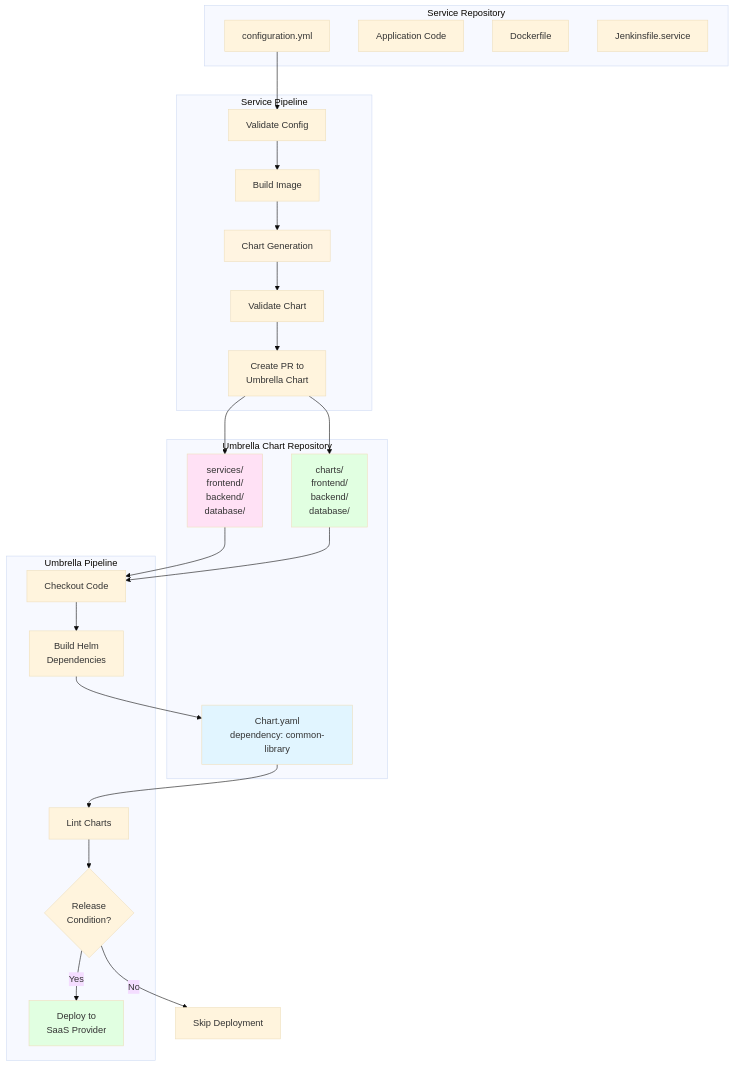
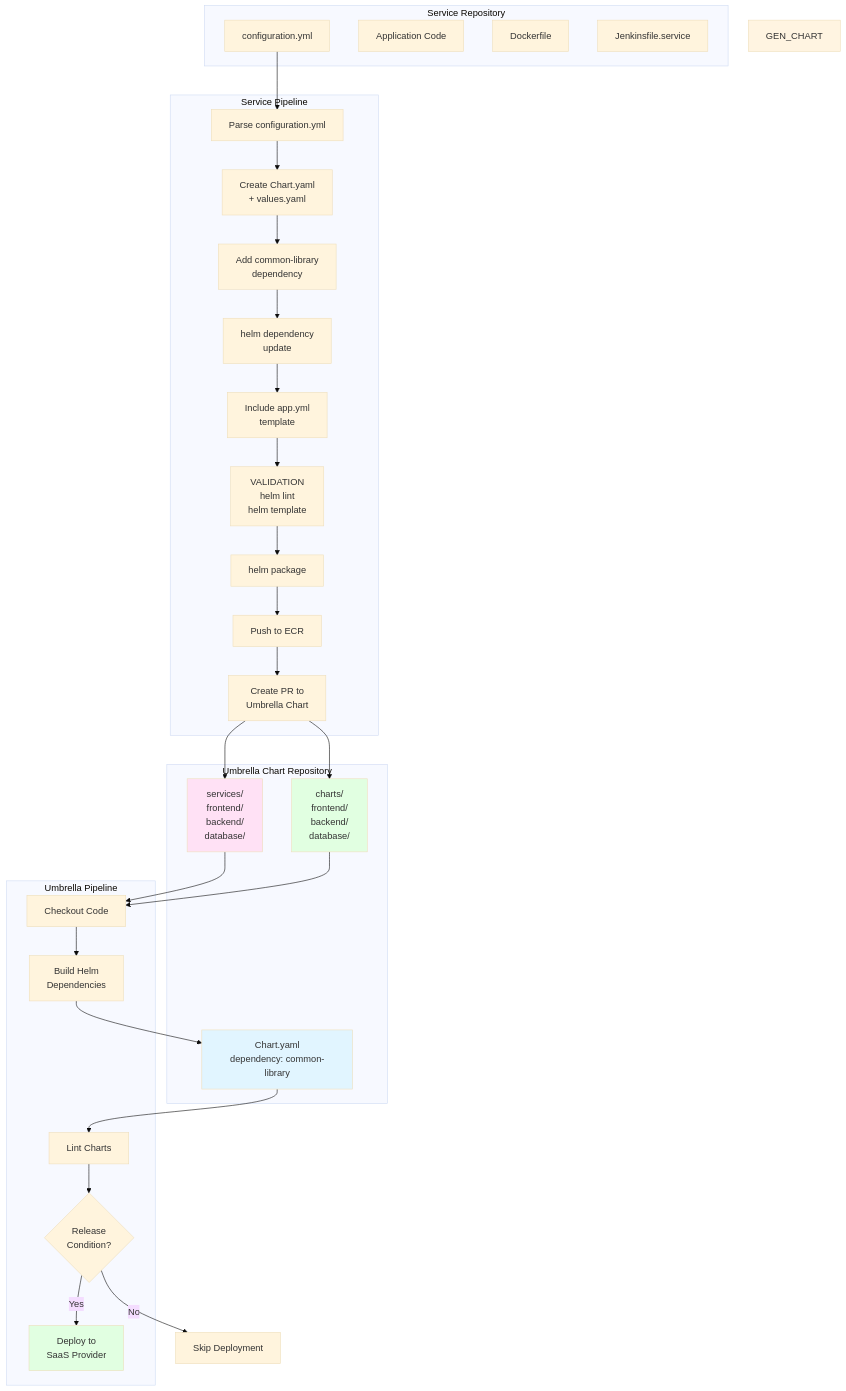
Before and after one commit to caretak3r/helm-factory: the ninth of 11 diagrams in ADR.md, drawn with Mermaid (base theme). The commit also changed other lines of this file, not shown here.

````diff
--- a/ADR.md
+++ b/ADR.md
@@ -874,54 +906,62 @@
 ```mermaid
 graph TB
     subgraph "Service Repository"
         CFG[configuration.yml]
         CODE[Application Code]
         DOCKERFILE[Dockerfile]
         JENKINSFILE[Jenkinsfile.service]
     end
     
     subgraph "Service Pipeline"
-        VALIDATE[Validate Config]
-        BUILD[Build Image]
-        GEN_CHART[Chart Generation]
-        VALIDATE_CHART[Validate Chart]
+        PARSE[Parse configuration.yml]
+        CREATE_CHART[Create Chart.yaml<br/>+ values.yaml]
+        ADD_DEP[Add common-library<br/>dependency]
+        DEP_UPDATE[helm dependency<br/>update]
+        INCLUDE_TEMPLATE[Include app.yml<br/>template]
+        VALIDATE[VALIDATION<br/>helm lint<br/>helm template]
+        PACKAGE[helm package]
+        PUSH_ECR[Push to ECR]
         CREATE_PR[Create PR to<br/>Umbrella Chart]
     end
     
     subgraph "Umbrella Chart Repository"
         SERVICES[services/<br/>frontend/<br/>backend/<br/>database/]
         CHARTS[charts/<br/>frontend/<br/>backend/<br/>database/]
         UMBRELLA_CHART[Chart.yaml<br/>dependency: common-library]
     end
     
     subgraph "Umbrella Pipeline"
         CHECKOUT[Checkout Code]
         BUILD_DEPS[Build Helm<br/>Dependencies]
         LINT[Lint Charts]
         CONDITION{Release<br/>Condition?}
         DEPLOY[Deploy to<br/>SaaS Provider]
     end
     
-    CFG --> VALIDATE
-    VALIDATE --> BUILD
-    BUILD --> GEN_CHART
-    GEN_CHART --> VALIDATE_CHART
-    VALIDATE_CHART --> CREATE_PR
+    CFG --> PARSE
+    PARSE --> CREATE_CHART
+    CREATE_CHART --> ADD_DEP
+    ADD_DEP --> DEP_UPDATE
+    DEP_UPDATE --> INCLUDE_TEMPLATE
+    INCLUDE_TEMPLATE --> VALIDATE
+    VALIDATE --> PACKAGE
+    PACKAGE --> PUSH_ECR
+    PUSH_ECR --> CREATE_PR
     CREATE_PR --> SERVICES
     CREATE_PR --> CHARTS
     
     SERVICES --> CHECKOUT
     CHARTS --> CHECKOUT
     CHECKOUT --> BUILD_DEPS
     BUILD_DEPS --> UMBRELLA_CHART
     UMBRELLA_CHART --> LINT
     LINT --> CONDITION
     CONDITION -->|Yes| DEPLOY
     CONDITION -->|No| SKIP[Skip Deployment]
     
     style SERVICES fill:#ffe1f5
     style CHARTS fill:#e1ffe1
     style GEN_CHART fill:#fff4e1
     style UMBRELLA_CHART fill:#e1f5ff
     style DEPLOY fill:#e1ffe1
 ```
````
